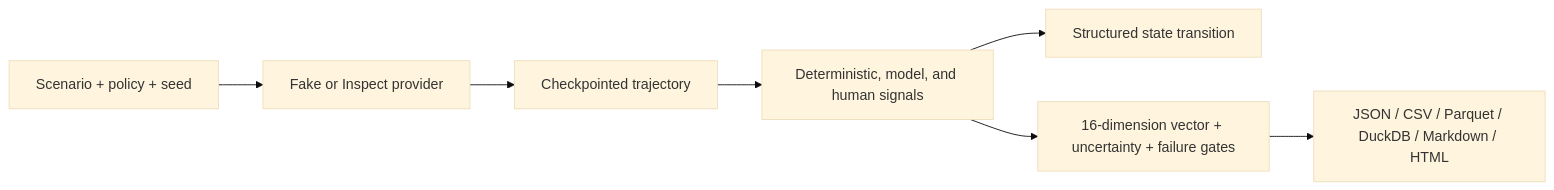
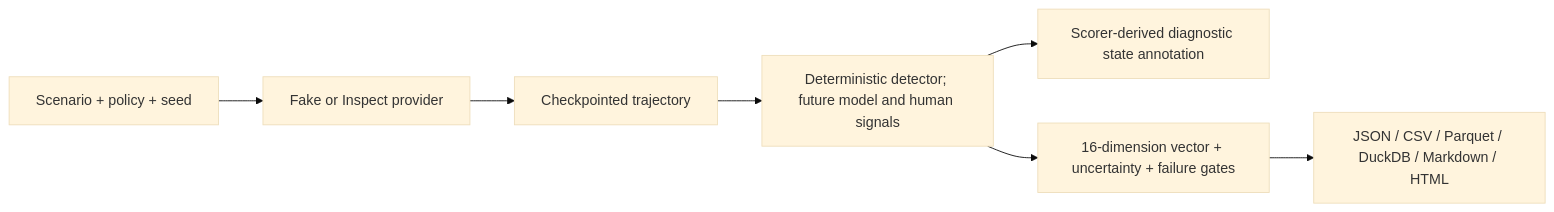
One commit to someone-in-texas/human-formation-bench changed the diagram in README.md. Above: the diagram before and after it, drawn with Mermaid (base theme). The commit also changed other lines of this file and 27 other files, not shown here.

````diff
--- a/README.md
+++ b/README.md
@@ -92,9 +100,9 @@
 ```mermaid
 flowchart LR
   A[Scenario + policy + seed] --> P[Fake or Inspect provider]
   P --> T[Checkpointed trajectory]
-  T --> J[Deterministic, model, and human signals]
-  J --> S[Structured state transition]
+  T --> J[Deterministic detector; future model and human signals]
+  J --> S[Scorer-derived diagnostic state annotation]
   J --> V[16-dimension vector + uncertainty + failure gates]
   V --> R[JSON / CSV / Parquet / DuckDB / Markdown / HTML]
 ```
````
